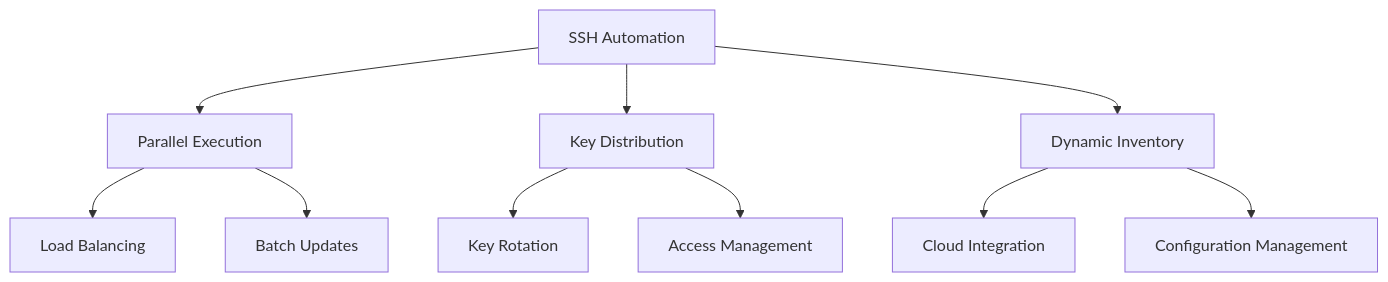
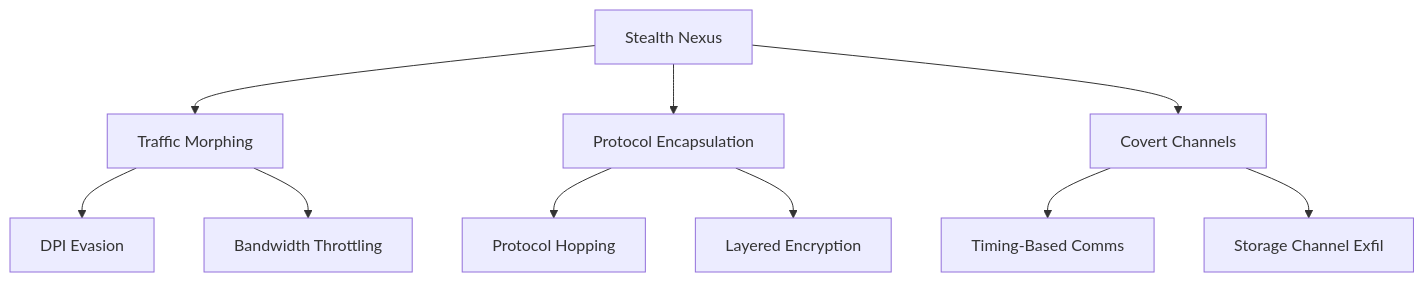
The third of 5 diagrams in mastering-ssh-part-one/4 - Advanced SSH Techniques.md (cipherbite/mastering-linux), drawn with Mermaid before and after one commit. The commit also changed other lines of this file, not shown here.

Commit message:
Update 4 - Advanced SSH Techniques.md

````diff
--- a/mastering-ssh-part-one/4 - Advanced SSH Techniques.md
+++ b/mastering-ssh-part-one/4 - Advanced SSH Techniques.md
@@ -259,12 +221,12 @@
 ```mermaid
 graph TD
-    A[SSH Automation] --> B[Parallel Execution]
-    A --> C[Key Distribution]
-    A --> D[Dynamic Inventory]
-    B --> E[Load Balancing]
-    B --> F[Batch Updates]
-    C --> G[Key Rotation]
-    C --> H[Access Management]
-    D --> I[Cloud Integration]
-    D --> J[Configuration Management]
+    A[Stealth Nexus] --> B[Traffic Morphing]
+    A --> C[Protocol Encapsulation]
+    A --> D[Covert Channels]
+    B --> E[DPI Evasion]
+    B --> F[Bandwidth Throttling]
+    C --> G[Protocol Hopping]
+    C --> H[Layered Encryption]
+    D --> I[Timing-Based Comms]
+    D --> J[Storage Channel Exfil]
 ```
````
